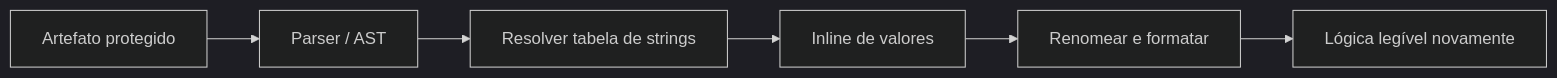
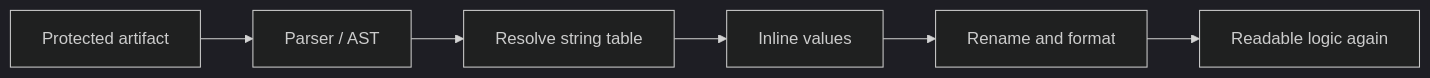
Before and after one commit to andermoreira/js-condom: the second of 2 diagrams in README.md, drawn with Mermaid (dark theme). The commit also changed other lines of this file, not shown here.

````diff
--- a/README.md
+++ b/README.md
@@ -166,8 +166,8 @@
 ```mermaid
 flowchart LR
-    A[Artefato protegido] --> B[Parser / AST]
-    B --> C[Resolver tabela de strings]
-    C --> D[Inline de valores]
-    D --> E[Renomear e formatar]
-    E --> F[Lógica legível novamente]
+    A[Protected artifact] --> B[Parser / AST]
+    B --> C[Resolve string table]
+    C --> D[Inline values]
+    D --> E[Rename and format]
+    E --> F[Readable logic again]
 ```
````
